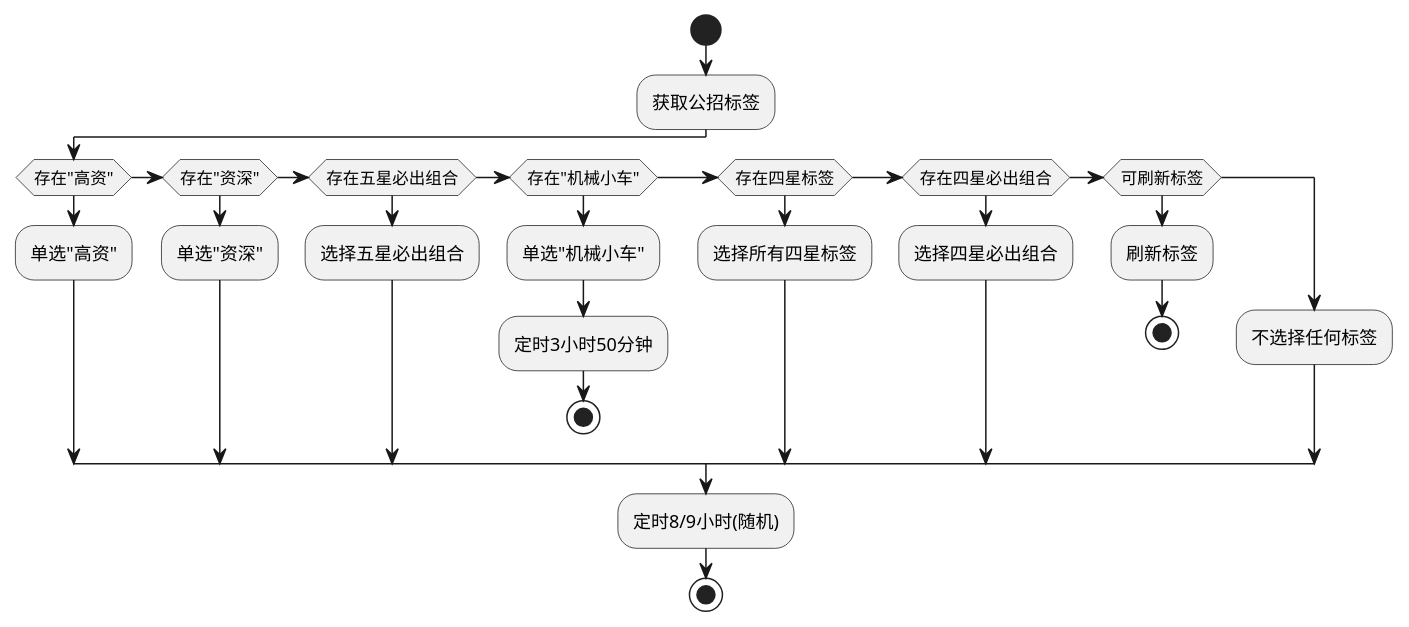
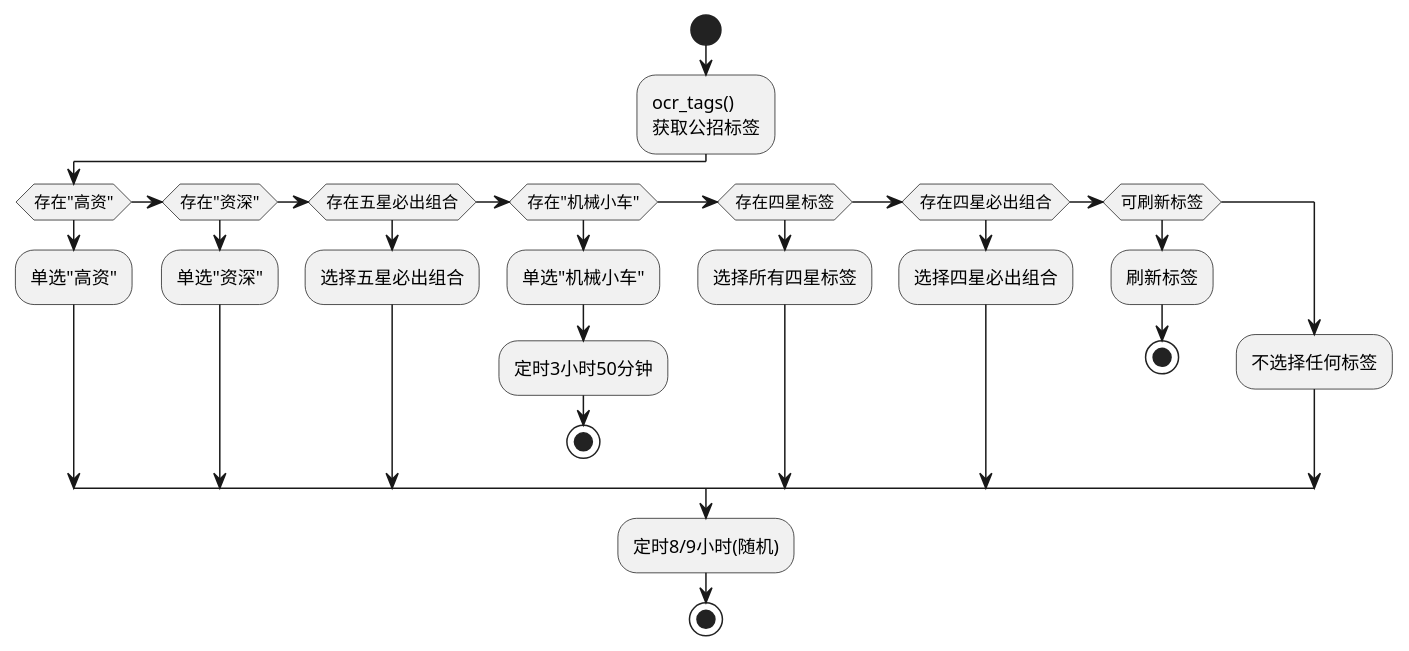
The diagram in dev/recruitment.puml (AprilNEA/AutoArknights), drawn with PlantUML before and after one commit.

Commit message:
feat(dev): 添加函数名

```diff
--- a/dev/recruitment.puml
+++ b/dev/recruitment.puml
@@ -1,26 +1,27 @@
 @startuml
 start
-  :获取公招标签;
+  :ocr_tags()
+  获取公招标签;
 if (存在"高资")
   :单选"高资";
 elseif (存在"资深")
   :单选"资深";
 elseif (存在五星必出组合)
   :选择五星必出组合;
 elseif (存在"机械小车")
   :单选"机械小车";
   :定时3小时50分钟;
   stop
 elseif (存在四星标签)
   :选择所有四星标签;
 elseif (存在四星必出组合)
   :选择四星必出组合;
 elseif (可刷新标签)
   :刷新标签;
   stop
 else
   :不选择任何标签;
 endif
 :定时8/9小时(随机);
 stop
 @enduml
```
